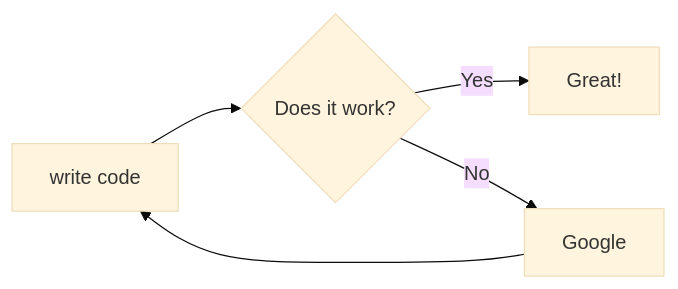
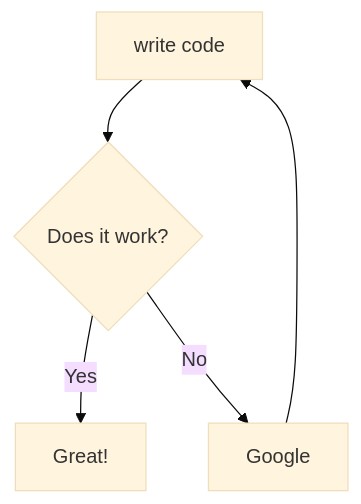
The diagram in README.md (4arturas/rabbitmq-producer), drawn with Mermaid (base theme) before and after one commit. The commit also changed other lines of this file and 4 other files, not shown here.

`````diff
--- a/README.md
+++ b/README.md
@@ -21,7 +37,7 @@
 ````mermaid
-graph LR;
+graph TD;
 A[write code] --> B{Does it work?}
 B -- Yes --> C[Great!]
 B -- No --> D[Google]
 D --> A
 ````
`````
